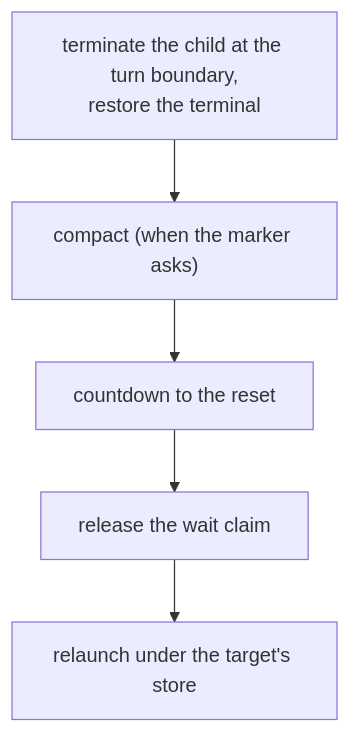
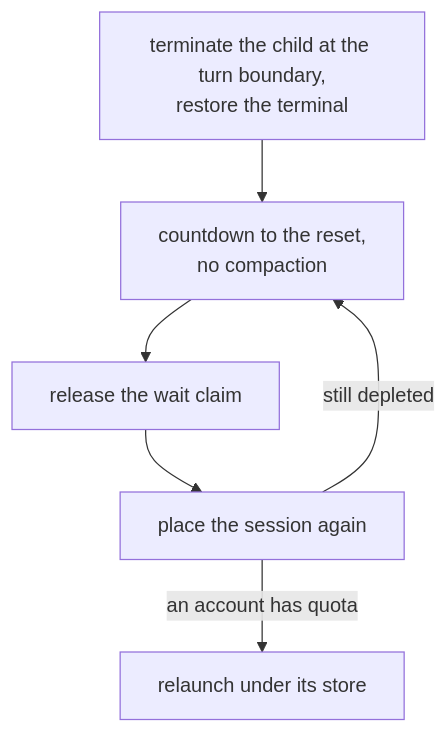
The eighth of 10 diagrams in docs/content/docs/architecture.mdx (anaclumos/tokenmaxxing), drawn with Mermaid before and after one commit. The commit also changed other lines of this file and 5 other files, not shown here.

Commit message:
fix: wait for the earliest quota reset instead of churning when no account has quota (#421)

````diff
--- a/docs/content/docs/architecture.mdx
+++ b/docs/content/docs/architecture.mdx
@@ -281,7 +281,8 @@
 ```mermaid
 flowchart TD
-  t["terminate the child at the turn boundary,<br/>restore the terminal"] --> c["compact (when the marker asks)"]
-  c --> cd["countdown to the reset"]
+  t["terminate the child at the turn boundary,<br/>restore the terminal"] --> cd["countdown to the reset,<br/>no compaction"]
   cd --> r["release the wait claim"]
-  r --> l["relaunch under the target's store"]
+  r --> p["place the session again"]
+  p -->|"an account has quota"| l["relaunch under its store"]
+  p -->|"still depleted"| cd
 ```
````
